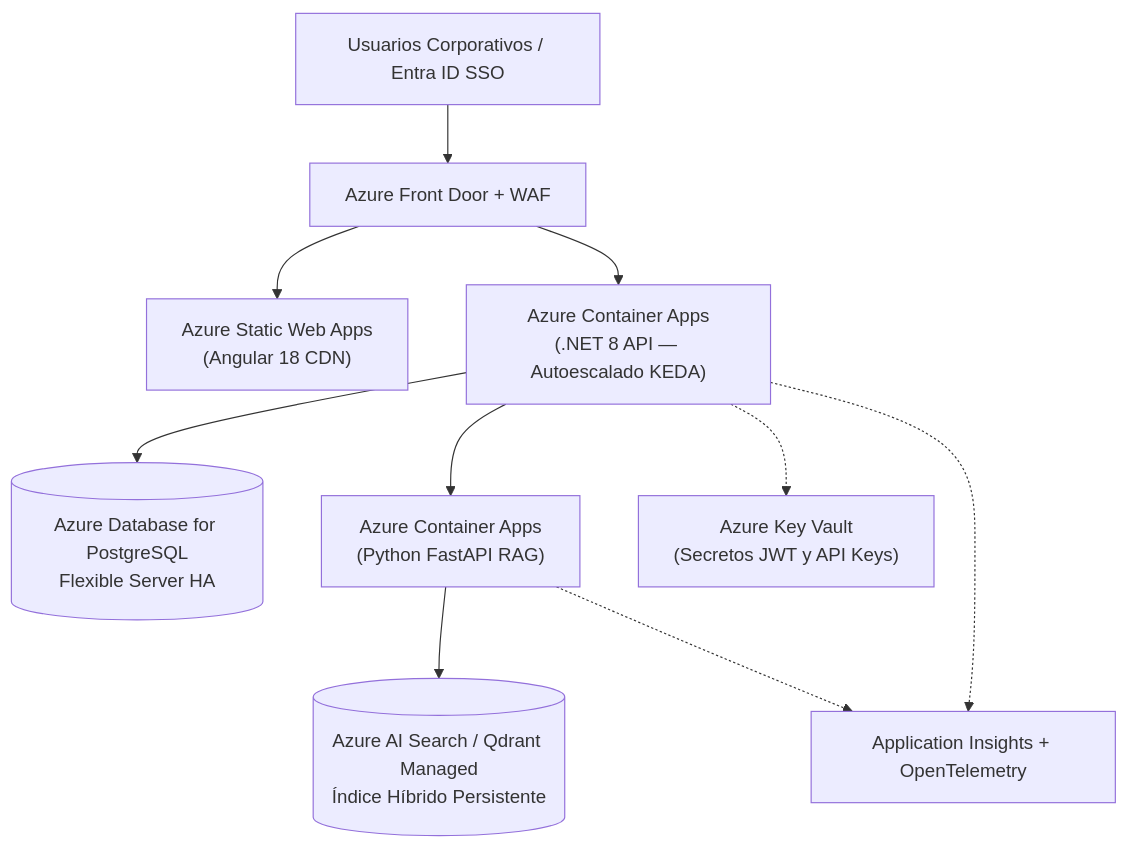
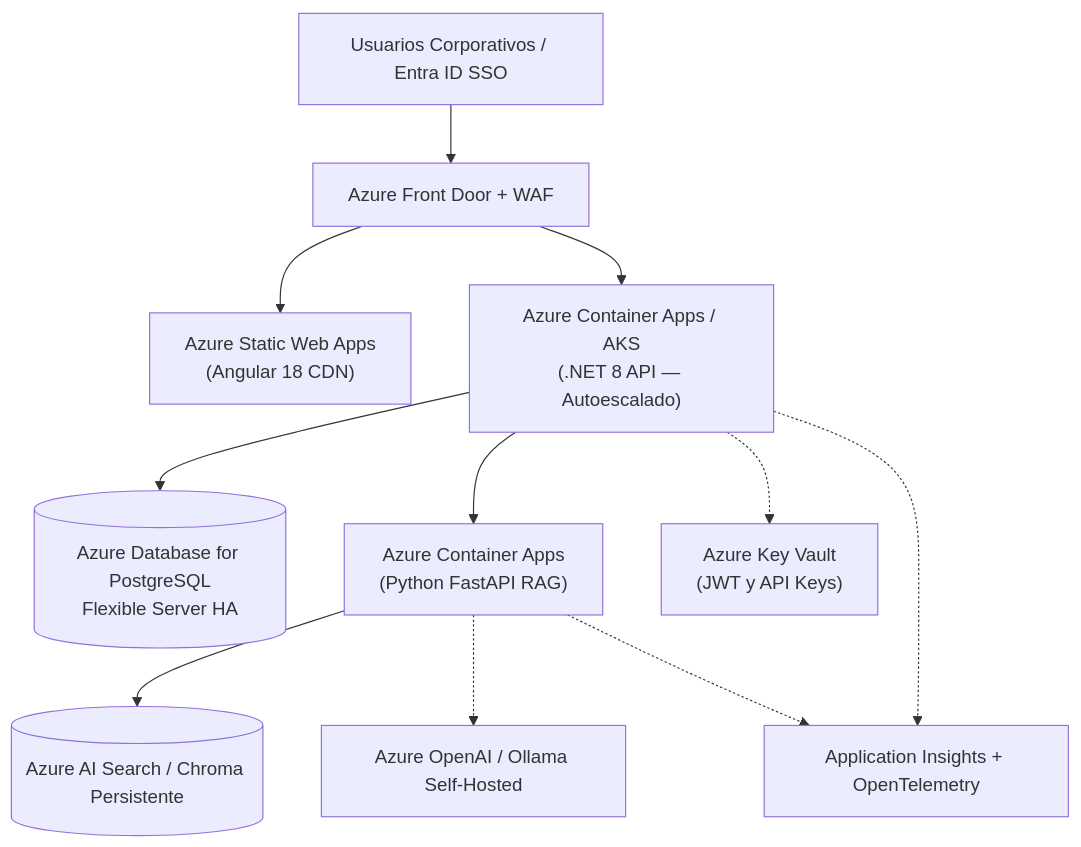
One commit to santiagograci/MesaAyuda-IA changed the third of 3 diagrams in docs/01-arquitectura-y-adrs.md. Above: the diagram before and after it, drawn with Mermaid. The commit also changed other lines of this file and 4 other files, not shown here.

````diff
--- a/docs/01-arquitectura-y-adrs.md
+++ b/docs/01-arquitectura-y-adrs.md
@@ -36,12 +36,13 @@
 ```mermaid
 flowchart TB
     Users["Usuarios Corporativos / Entra ID SSO"] --> AFD["Azure Front Door + WAF"]
     AFD --> SWA["Azure Static Web Apps\n(Angular 18 CDN)"]
-    AFD --> ACA_API["Azure Container Apps\n(.NET 8 API — Autoescalado KEDA)"]
+    AFD --> ACA_API["Azure Container Apps / AKS\n(.NET 8 API — Autoescalado)"]
     ACA_API --> AZ_PG[("Azure Database for PostgreSQL\nFlexible Server HA")]
     ACA_API --> ACA_RAG["Azure Container Apps\n(Python FastAPI RAG)"]
-    ACA_RAG --> AZ_VEC[("Azure AI Search / Qdrant Managed\nÍndice Híbrido Persistente")]
-    ACA_API -.-> KV["Azure Key Vault\n(Secretos JWT y API Keys)"]
+    ACA_RAG --> AZ_VEC[("Azure AI Search / Chroma Persistente")]
+    ACA_RAG -.-> AZ_LLM["Azure OpenAI / Ollama Self-Hosted"]
+    ACA_API -.-> KV["Azure Key Vault\n(JWT y API Keys)"]
     ACA_API -.-> AI["Application Insights + OpenTelemetry"]
     ACA_RAG -.-> AI
 ```
````
